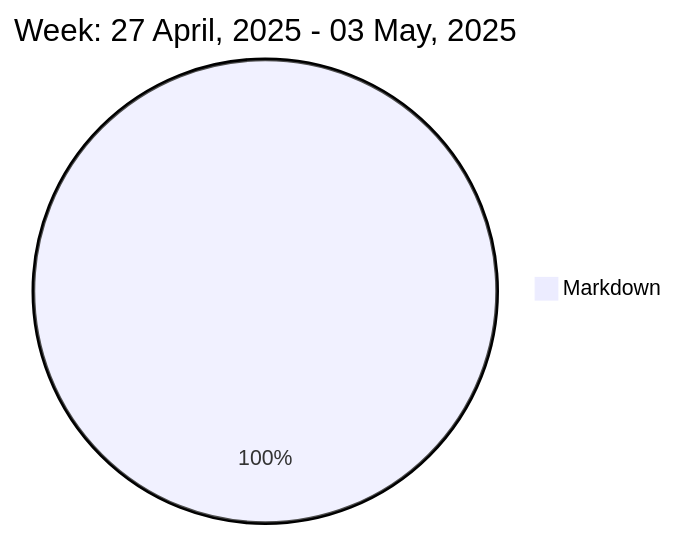
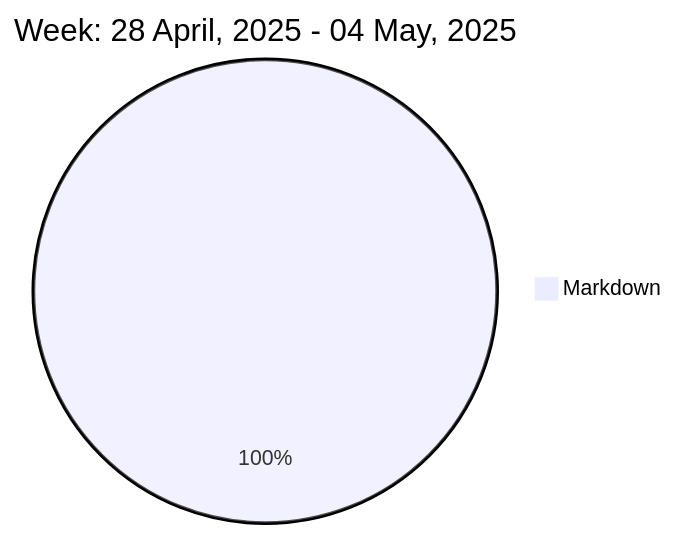
One commit to liubin95/liubin95 changed the diagram in README.md. Above: the diagram before and after it, drawn with Mermaid.

Commit message:
Updated the Graph with new Metrics

````diff
--- a/README.md
+++ b/README.md
@@ -37,5 +37,5 @@
 ```mermaid
  pie
-title Week: 27 April, 2025 - 03 May, 2025
- "Markdown" : 2.58
+title Week: 28 April, 2025 - 04 May, 2025
+ "Markdown" : 1.88
 ```
````
